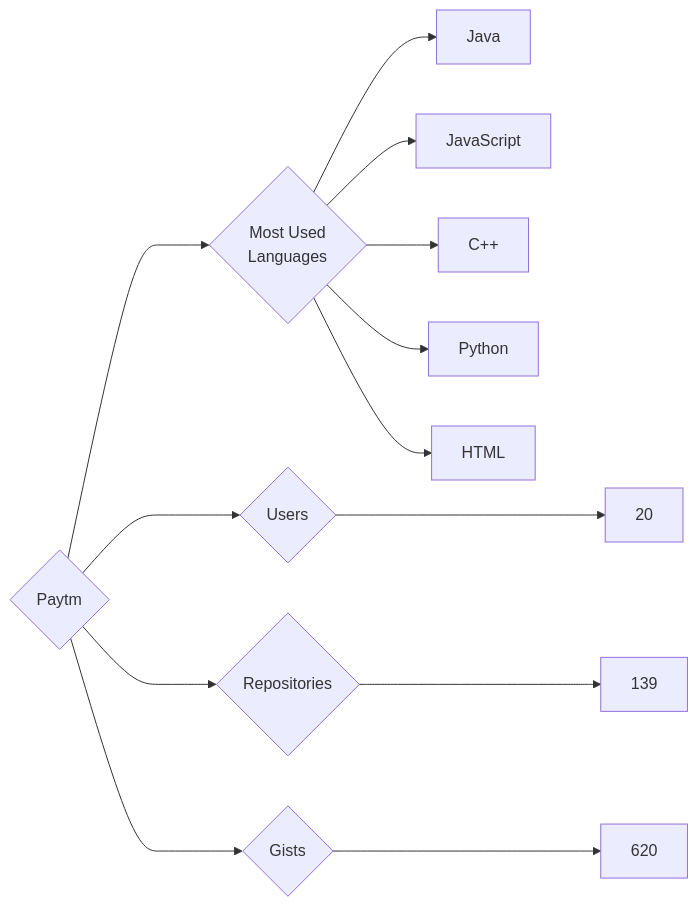
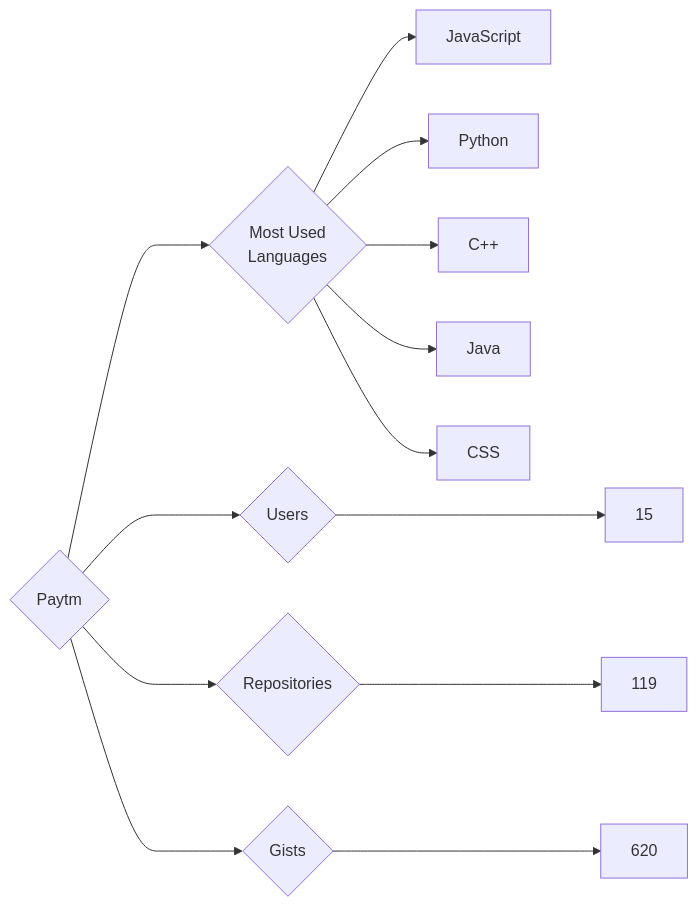
The diagram in targets/Paytm/README.md (trickest/insiders), drawn with Mermaid before and after one commit. The commit also changed 1248 other files, not shown here.

````diff
--- a/targets/Paytm/README.md
+++ b/targets/Paytm/README.md
@@ -3,13 +3,13 @@
 ```mermaid
 graph LR
 COMPANY_NAME{Paytm}
-COMPANY_NAME ---> U{Users} ---> UN[20]
-COMPANY_NAME ---> R{Repositories} ---> RN[139]
+COMPANY_NAME ---> U{Users} ---> UN[15]
+COMPANY_NAME ---> R{Repositories} ---> RN[119]
 COMPANY_NAME ---> G{Gists} ---> GN[620]
 COMPANY_NAME ---> ML{Most Used<br>Languages}
+ML --> JavaScript[JavaScript]
+ML --> Python[Python]
+ML --> C++[C++]
 ML --> Java[Java]
-ML --> JavaScript[JavaScript]
-ML --> C++[C++]
-ML --> Python[Python]
-ML --> HTML[HTML]
+ML --> CSS[CSS]
 ```
````
